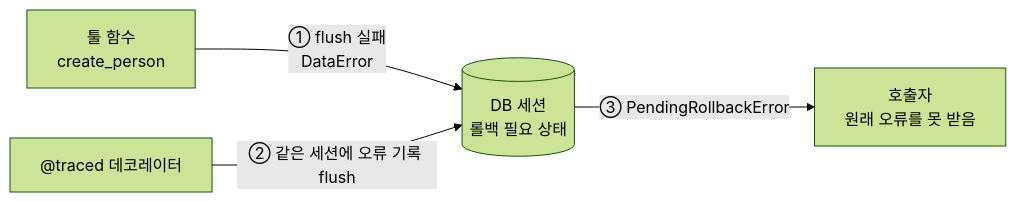
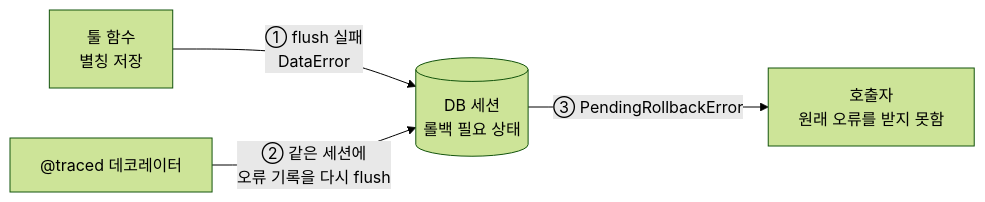
Before and after one commit to SunWoo1213/Relationship: the second of 9 diagrams in README.md, drawn with Mermaid (forest theme). The commit also changed other lines of this file, not shown here.

````diff
--- a/README.md
+++ b/README.md
@@ -113,6 +121,6 @@
 ```mermaid
 flowchart LR
-  T[툴 함수<br/>create_person] -->|① flush 실패<br/>DataError| S[(DB 세션<br/>롤백 필요 상태)]
-  D["@traced 데코레이터"] -->|② 같은 세션에 오류 기록 flush| S
-  S -->|③ PendingRollbackError| C[호출자<br/>원래 오류를 못 받음]
+  T["툴 함수<br/>별칭 저장"] -->|"① flush 실패<br/>DataError"| S[("DB 세션<br/>롤백 필요 상태")]
+  D["@traced 데코레이터"] -->|"② 같은 세션에<br/>오류 기록을 다시 flush"| S
+  S -->|"③ PendingRollbackError"| C["호출자<br/>원래 오류를 받지 못함"]
 ```
````
